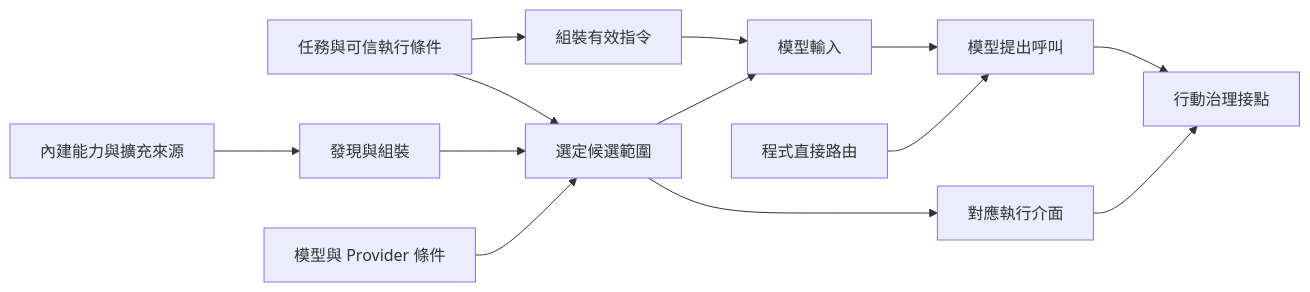
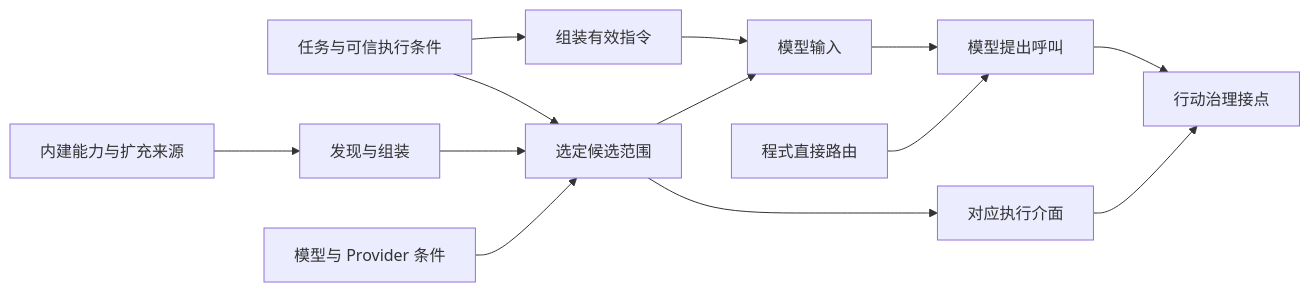
One commit to HsienW/gun-harness-engineering changed the diagram in agent-harness/behavior-and-capabilities/README-zh-CN.md. Above: the diagram before and after it, drawn with Mermaid.

Commit message:
docs(harness-capabilities): localize the composition diagram
- Translate capability composition labels into Simplified Chinese.
- Preserve node identifiers and the existing diagram flow.

````diff
--- a/agent-harness/behavior-and-capabilities/README-zh-CN.md
+++ b/agent-harness/behavior-and-capabilities/README-zh-CN.md
@@ -22,15 +22,15 @@
 ```mermaid
 flowchart LR
-    Task[任務與可信執行條件] --> Rules[組裝有效指令]
-    Sources[內建能力與擴充來源] --> Compose[發現與組裝]
-    Compose --> Select[選定候選範圍]
+    Task[任务与可信执行条件] --> Rules[组装有效指令]
+    Sources[内建能力与扩充来源] --> Compose[发现与组装]
+    Compose --> Select[选定候选范围]
     Task --> Select
-    Model[模型與 Provider 條件] --> Select
-    Rules --> Input[模型輸入]
+    Model[模型与 Provider 条件] --> Select
+    Rules --> Input[模型输入]
     Select --> Input
-    Select --> Ports[對應執行介面]
+    Select --> Ports[对应执行介面]
     Input --> Proposal[模型提出呼叫]
     Code[程式直接路由] --> Proposal
-    Ports --> Gate[行動治理接點]
+    Ports --> Gate[行动治理接点]
     Proposal --> Gate
 ```
````
